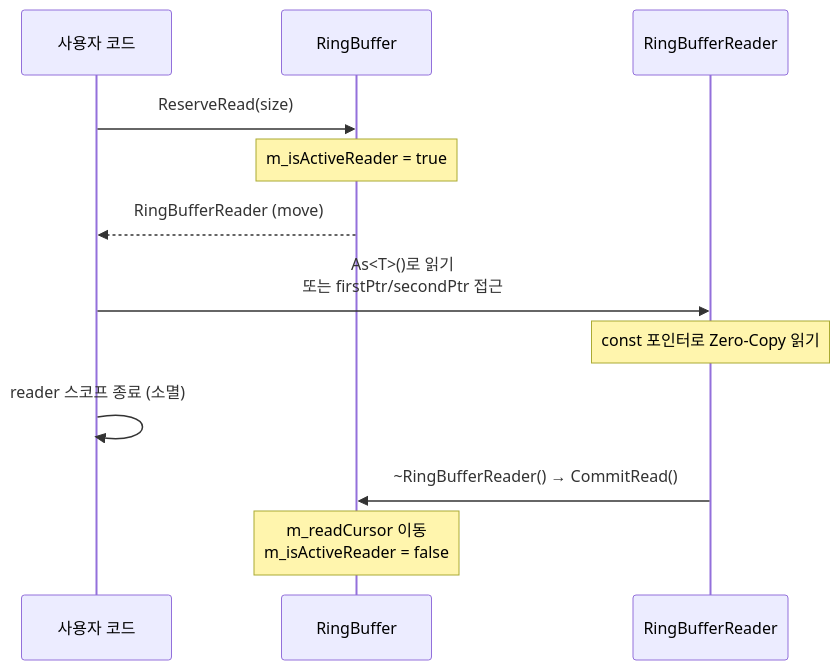
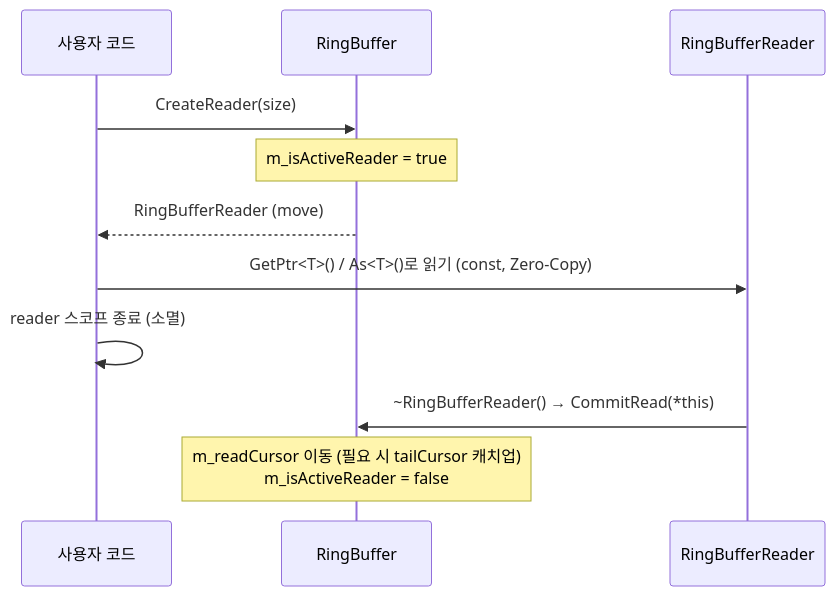
One commit to KyungUnMin/TuxBase-MMO changed the third of 3 diagrams in 01_Server/Doc/DevNotes/ClassExplanation/01_ServerBase/DataStruct/RingBuffer.md. Above: the diagram before and after it, drawn with Mermaid. The commit also changed other lines of this file and 2 other files, not shown here.

````diff
--- a/01_Server/Doc/DevNotes/ClassExplanation/01_ServerBase/DataStruct/RingBuffer.md
+++ b/01_Server/Doc/DevNotes/ClassExplanation/01_ServerBase/DataStruct/RingBuffer.md
@@ -219,17 +191,16 @@
 ```mermaid
 sequenceDiagram
     participant App as 사용자 코드
     participant RB as RingBuffer
     participant R as RingBufferReader
 
-    App ->> RB: ReserveRead(size)
+    App ->> RB: CreateReader(size)
     Note over RB: m_isActiveReader = true
     RB -->> App: RingBufferReader (move)
 
-    App ->> R: As<T>()로 읽기<br/>또는 firstPtr/secondPtr 접근
-    Note over R: const 포인터로 Zero-Copy 읽기
+    App ->> R: GetPtr<T>() / As<T>()로 읽기 (const, Zero-Copy)
 
     App ->> App: reader 스코프 종료 (소멸)
-    R ->> RB: ~RingBufferReader() → CommitRead()
-    Note over RB: m_readCursor 이동<br/>m_isActiveReader = false
+    R ->> RB: ~RingBufferReader() → CommitRead(*this)
+    Note over RB: m_readCursor 이동 (필요 시 tailCursor 캐치업)<br/>m_isActiveReader = false
 ```
````
